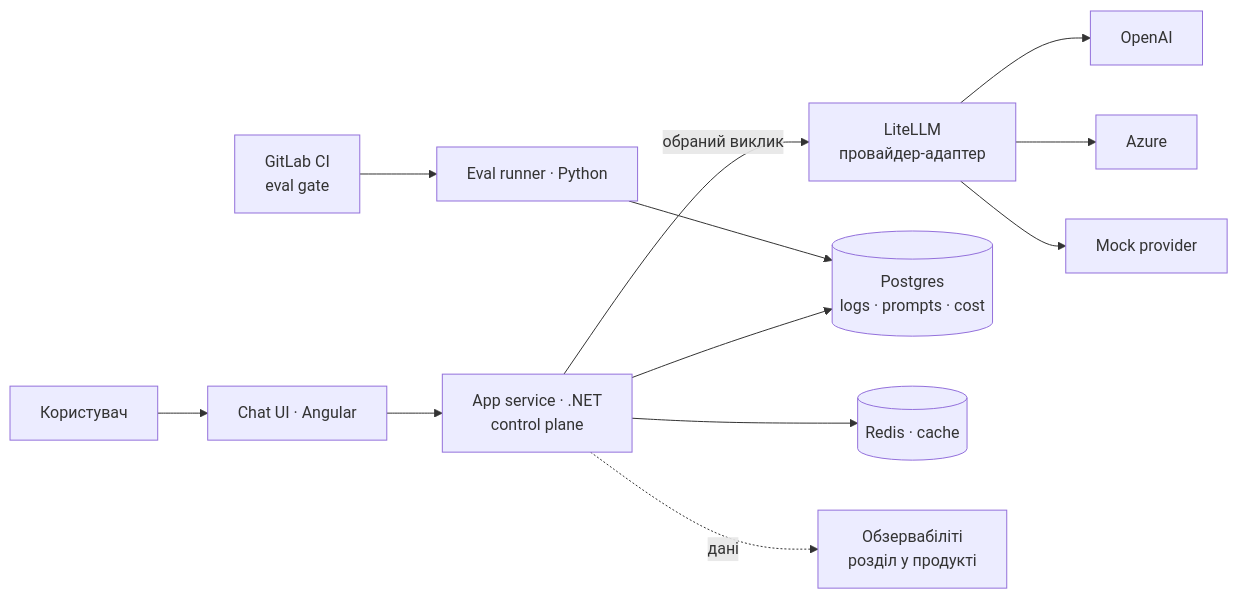
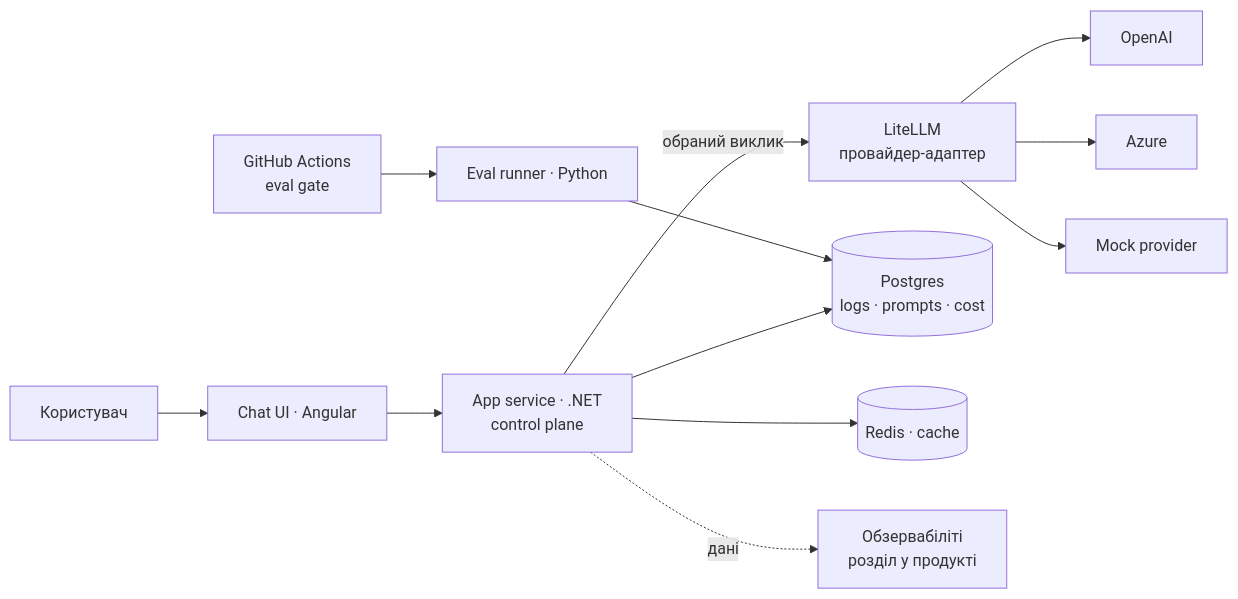
One commit to TarasFedorenkoFTV/llmops-bootcamp changed the diagram in docs/architecture.md. Above: the diagram before and after it, drawn with Mermaid. The commit also changed other lines of this file and 5 other files, not shown here.

Commit message:
chore: switch CI to GitHub Actions; point remote to GitHub

````diff
--- a/docs/architecture.md
+++ b/docs/architecture.md
@@ -6,14 +6,14 @@
 ```mermaid
 flowchart LR
   U[Користувач] --> UI[Chat UI · Angular]
   UI --> SVC[App service · .NET<br/>control plane]
   SVC -->|обраний виклик| GW[LiteLLM<br/>провайдер-адаптер]
   GW --> P1[OpenAI]
   GW --> P2[Azure]
   GW --> MOCK[Mock provider]
   SVC --> PG[(Postgres<br/>logs · prompts · cost)]
   SVC --> RED[(Redis · cache)]
   SVC -. дані .-> OBS[Обзервабіліті<br/>розділ у продукті]
   EV[Eval runner · Python] --> PG
-  CI[GitLab CI<br/>eval gate] --> EV
+  CI[GitHub Actions<br/>eval gate] --> EV
 ```
````
